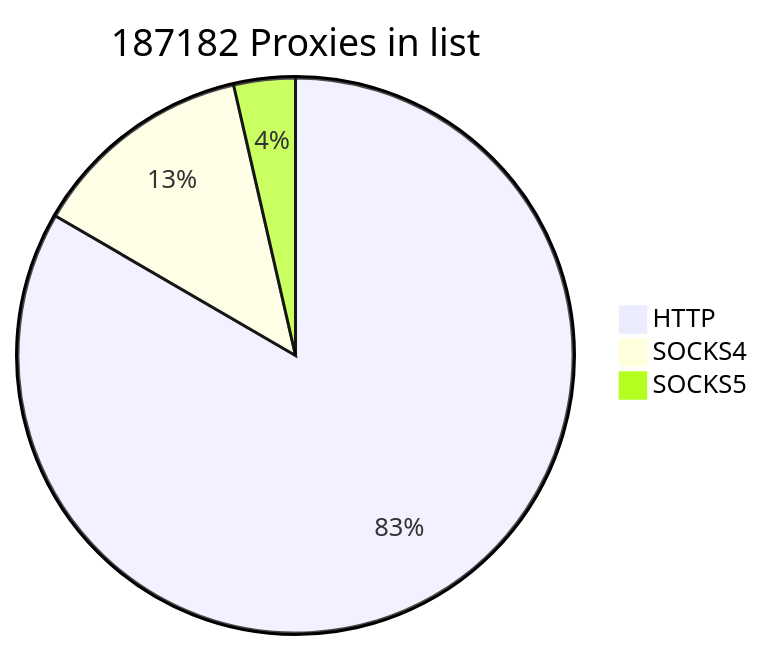
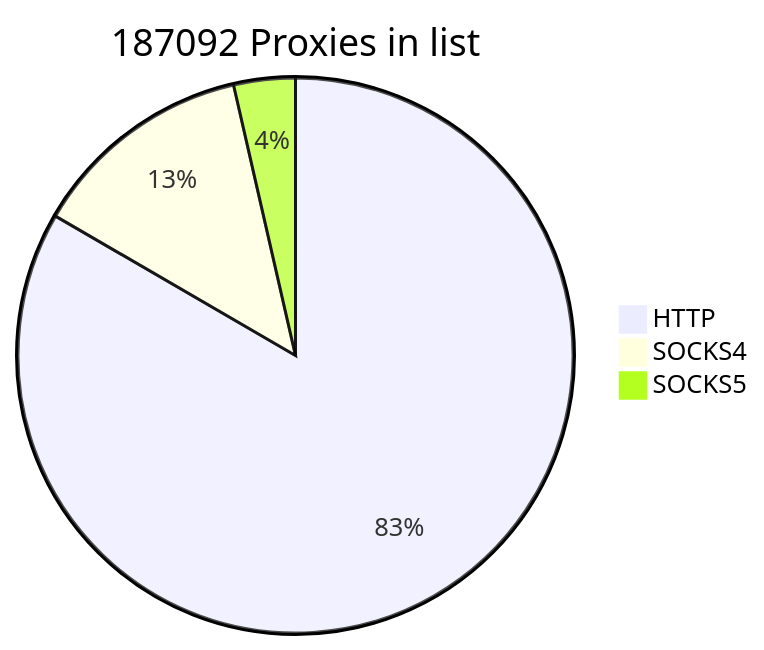
The first of 2 diagrams in README.md (cutipu/proxylist), drawn with Mermaid before and after one commit. The commit also changed other lines of this file, not shown here.

````diff
--- a/README.md
+++ b/README.md
@@ -2,7 +2,7 @@
 ```mermaid
-pie title 187182 Proxies in list
-    "HTTP" : 156078
+pie title 187092 Proxies in list
+    "HTTP" : 155988
     "SOCKS4" : 24402
     "SOCKS5" : 6702
             
 ```
````
